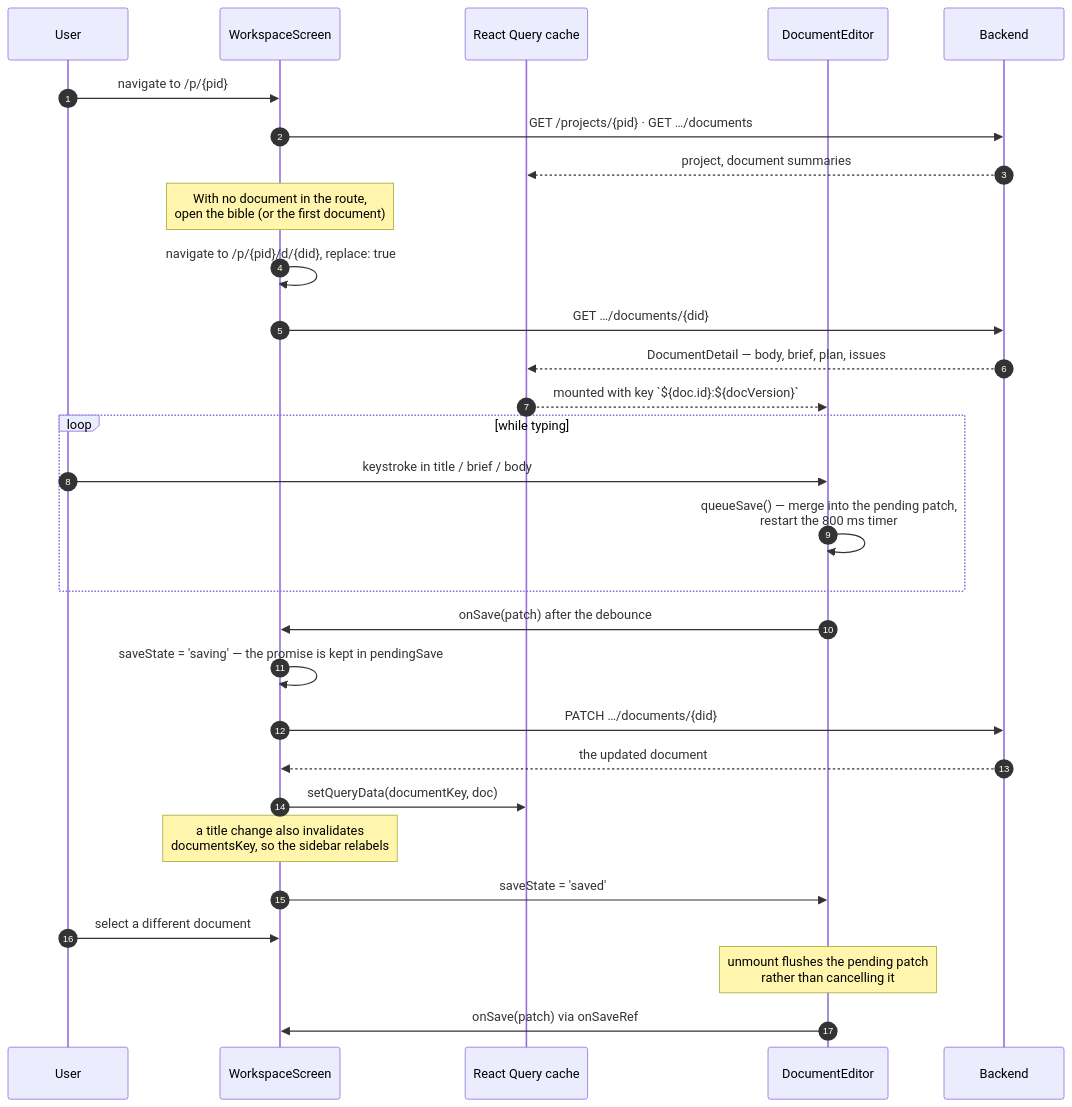
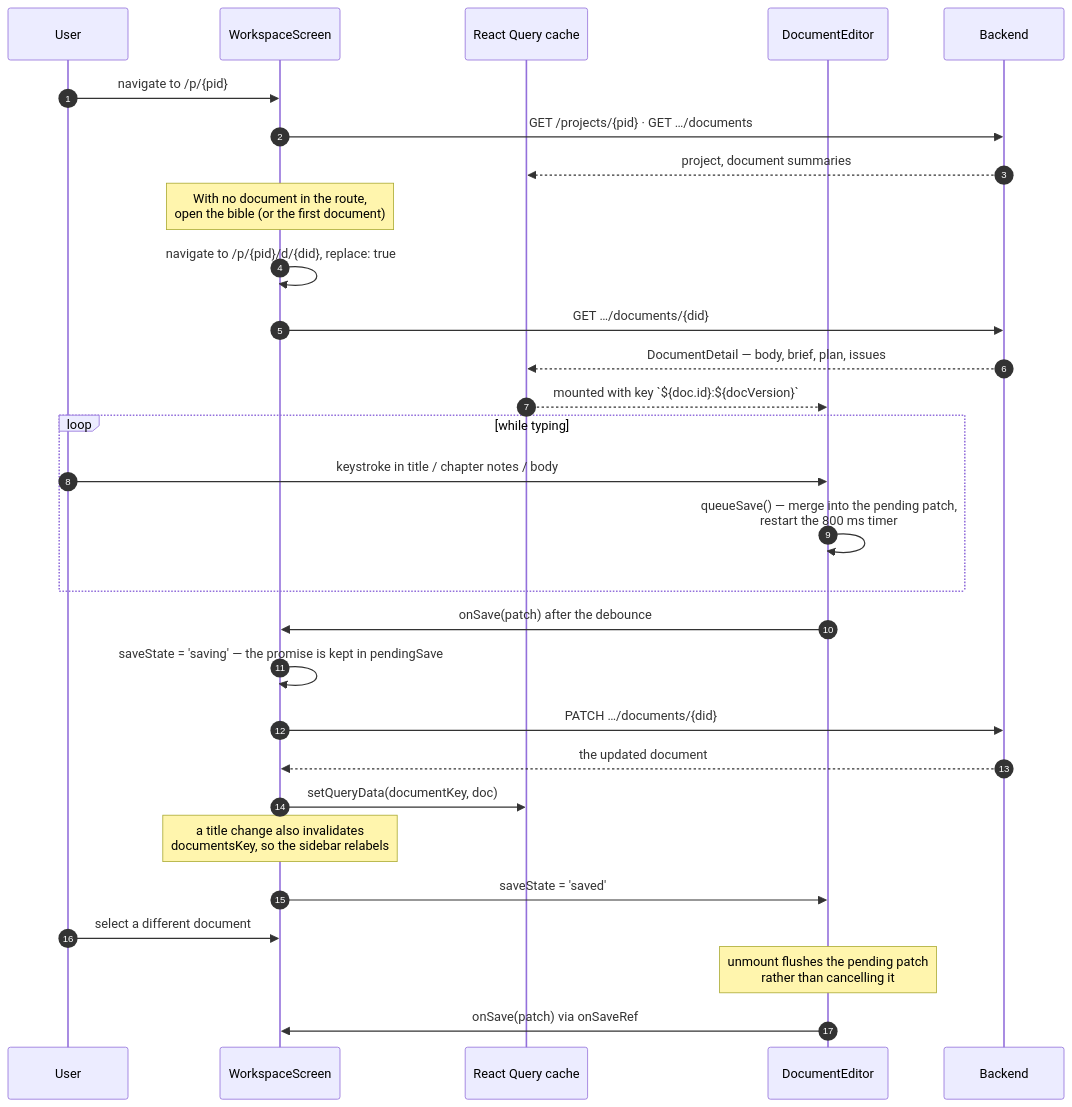
The third of 6 diagrams in docs/diagrams/05-frontend-flows.md (Akazz-L/maya), drawn with Mermaid before and after one commit. The commit also changed other lines of this file and 24 other files, not shown here.

First line of the commit message:
feat: optional multi-line chapter notes, and planning without them (#17)

````diff
--- a/docs/diagrams/05-frontend-flows.md
+++ b/docs/diagrams/05-frontend-flows.md
@@ -65,35 +65,35 @@
 ```mermaid
 sequenceDiagram
     autonumber
     participant U as User
     participant WS as WorkspaceScreen
     participant RQ as React Query cache
     participant ED as DocumentEditor
     participant BE as Backend
 
     U->>WS: navigate to /p/{pid}
     WS->>BE: GET /projects/{pid} · GET …/documents
     BE-->>RQ: project, document summaries
     Note over WS: With no document in the route,<br/>open the bible (or the first document)
     WS->>WS: navigate to /p/{pid}/d/{did}, replace: true
 
     WS->>BE: GET …/documents/{did}
     BE-->>RQ: DocumentDetail — body, brief, plan, issues
     RQ-->>ED: mounted with key `${doc.id}:${docVersion}`
 
     loop while typing
-        U->>ED: keystroke in title / brief / body
+        U->>ED: keystroke in title / chapter notes / body
         ED->>ED: queueSave() — merge into the pending patch,<br/>restart the 800 ms timer
     end
     ED->>WS: onSave(patch) after the debounce
     WS->>WS: saveState = 'saving' — the promise is kept in pendingSave
     WS->>BE: PATCH …/documents/{did}
     BE-->>WS: the updated document
     WS->>RQ: setQueryData(documentKey, doc)
     Note over WS: a title change also invalidates<br/>documentsKey, so the sidebar relabels
     WS->>ED: saveState = 'saved'
 
     U->>WS: select a different document
     Note over ED: unmount flushes the pending patch<br/>rather than cancelling it
     ED->>WS: onSave(patch) via onSaveRef
 ```
````
